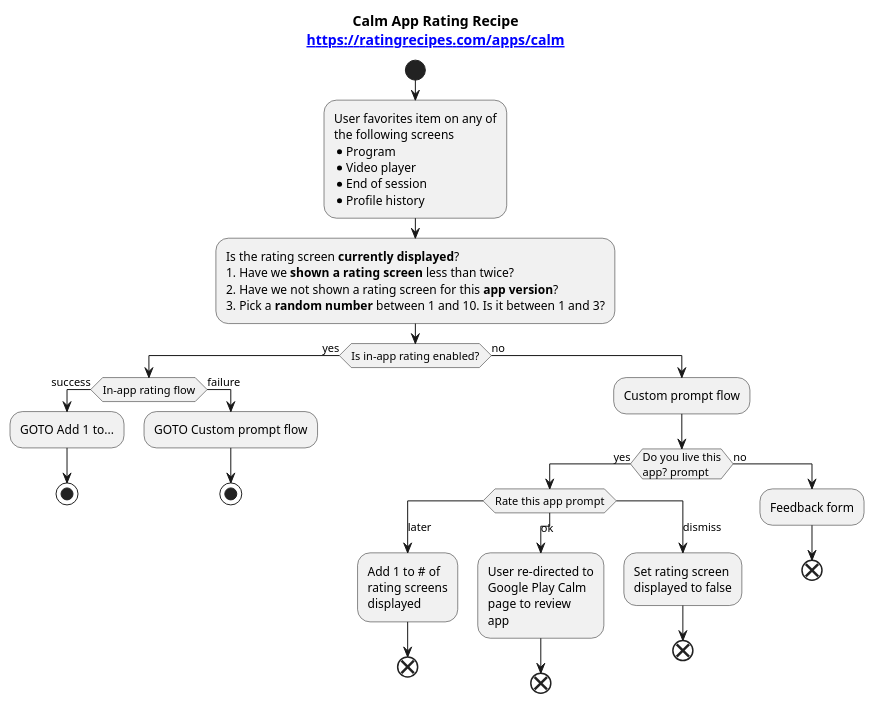
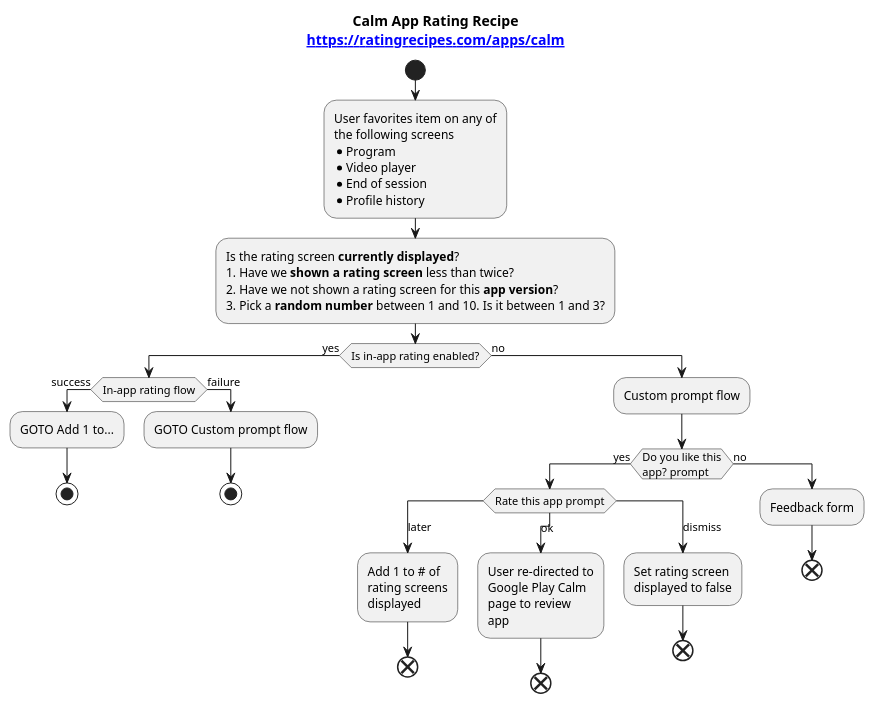
The diagram in apps/calm/flow.iuml (ratingrecipes/ratingrecipes), drawn with PlantUML before and after one commit. The commit also changed 4 other files, not shown here.

```diff
--- a/apps/calm/flow.iuml
+++ b/apps/calm/flow.iuml
@@ -1,52 +1,52 @@
 @startuml
 
 title Calm App Rating Recipe\n[[https://ratingrecipes.com/apps/calm]]
 
 start
 
 :User favorites item on any of
 the following screens
 * Program
 * Video player
 * End of session
 * Profile history;
 :Is the rating screen **currently displayed**?
 # Have we **shown a rating screen** less than twice?
 # Have we not shown a rating screen for this **app version**?
 # Pick a **random number** between 1 and 10. Is it between 1 and 3?;
 
 if (Is in-app rating enabled?) then (yes)
     if (In-app rating flow) then (success)
         :GOTO Add 1 to...;
         stop
     else (failure)
         :GOTO Custom prompt flow;
         stop
     endif
 else (no)
     :Custom prompt flow;
-        if (Do you live this\napp? prompt) then (yes)
+        if (Do you like this\napp? prompt) then (yes)
             switch (Rate this app prompt)
             case (later)
                 :Add 1 to # of
                 rating screens
                 displayed;
                 end
             case (ok)
                 :User re-directed to
                 Google Play Calm
                 page to review
                 app;
                 end
             case (dismiss)
                 :Set rating screen
                 displayed to false;
                 end
             endswitch
         else (no)
             :Feedback form;
             end
         endif
 endif
 
 @enduml
```
